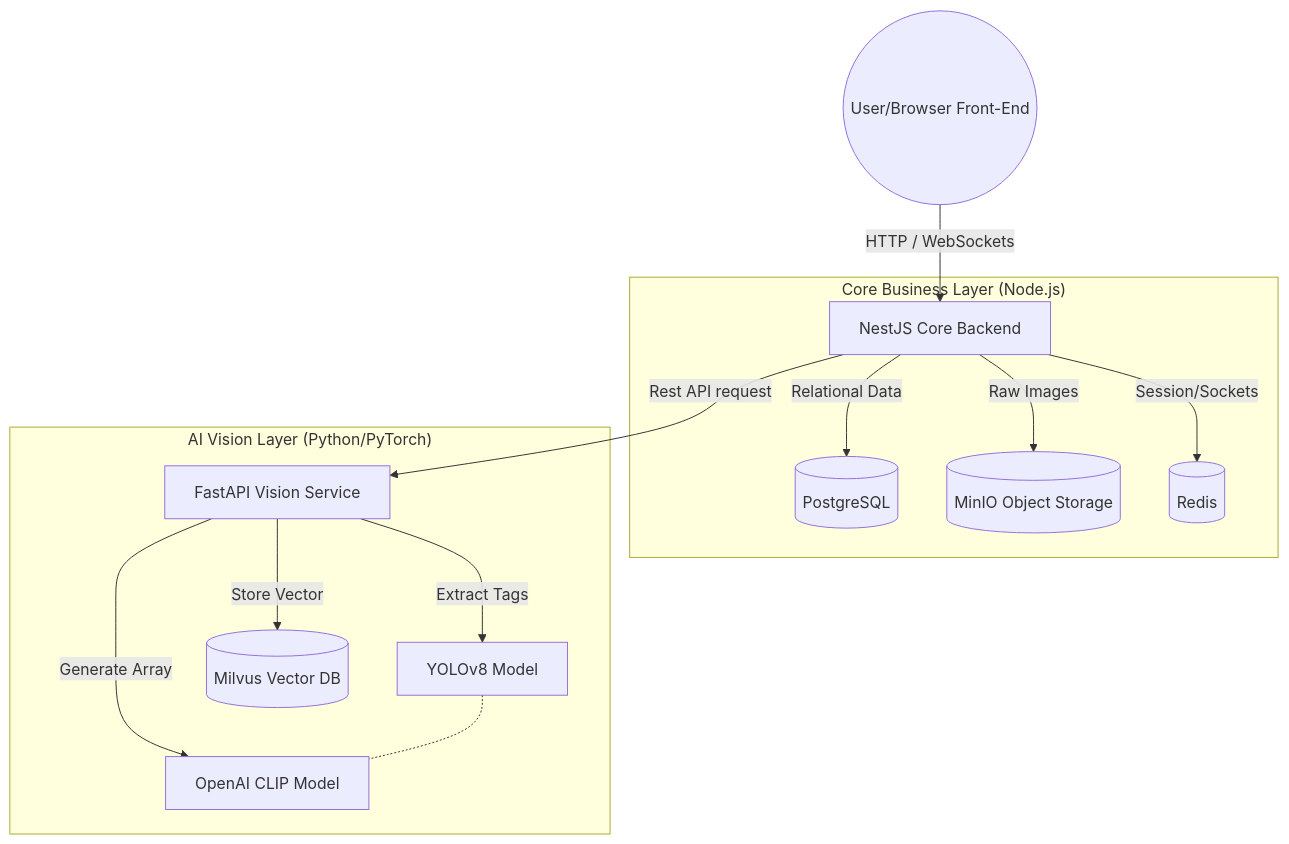
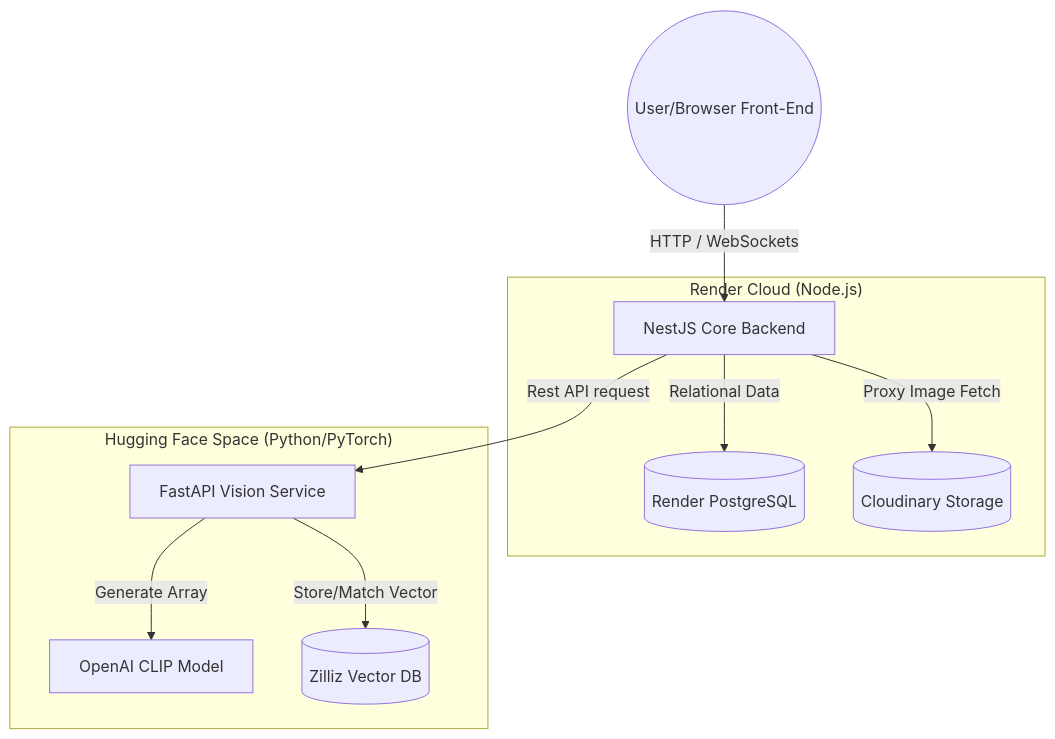
One commit to ankit-372/universal-recovery-system changed the first of 2 diagrams in README.md. Above: the diagram before and after it, drawn with Mermaid. The commit also changed other lines of this file, not shown here.

Commit message:
docs: Update architecture diagram and stack specific to Zilliz/Render/Cloudinary

````diff
--- a/README.md
+++ b/README.md
@@ -21,18 +24,15 @@
 ```mermaid
 graph TD
     User((User/Browser Front-End)) -->|HTTP / WebSockets| Gateway[NestJS Core Backend]
     
-    subgraph "Core Business Layer (Node.js)"
-        Gateway -->|Relational Data| PG[(PostgreSQL)]
-        Gateway -->|Raw Images| MinIO[(MinIO Object Storage)]
-        Gateway -->|Session/Sockets| Redis[(Redis)]
+    subgraph "Render Cloud (Node.js)"
+        Gateway -->|Relational Data| PG[(Render PostgreSQL)]
+        Gateway -->|Proxy Image Fetch| Cloudinary[(Cloudinary Storage)]
     end
     
-    subgraph "AI Vision Layer (Python/PyTorch)"
+    subgraph "Hugging Face Space (Python/PyTorch)"
         Gateway -->|Rest API request| Vision[FastAPI Vision Service]
-        Vision -->|Extract Tags| YOLO[YOLOv8 Model]
         Vision -->|Generate Array| CLIP[OpenAI CLIP Model]
-        Vision -->|Store Vector| Milvus[(Milvus Vector DB)]
-        YOLO -.- CLIP
+        Vision -->|Store/Match Vector| Zilliz[(Zilliz Vector DB)]
     end
 ```
````
